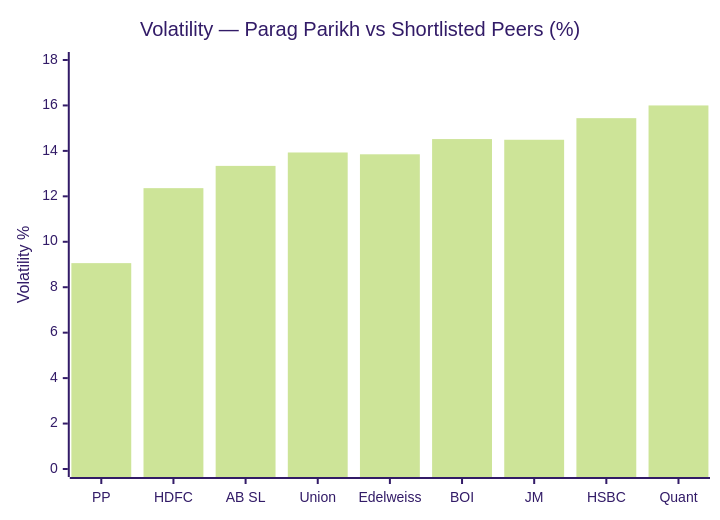
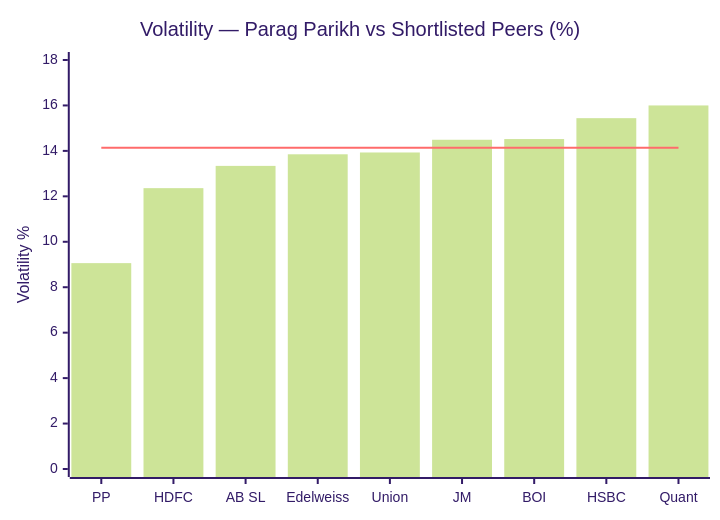
The first of 11 diagrams in Mutual Fund/FlexiCap/funds/parag_parikh/module2_risk.md (mayankutkarsh334/Investment), drawn with Mermaid (forest theme) before and after one commit. The commit also changed other lines of this file and 4 other files, not shown here.

````diff
--- a/Mutual Fund/FlexiCap/funds/parag_parikh/module2_risk.md
+++ b/Mutual Fund/FlexiCap/funds/parag_parikh/module2_risk.md
@@ -19,7 +22,8 @@
 ```mermaid
 xychart-beta
     title "Volatility — Parag Parikh vs Shortlisted Peers (%)"
-    x-axis ["PP", "HDFC", "AB SL", "Union", "Edelweiss", "BOI", "JM", "HSBC", "Quant"]
+    x-axis ["PP", "HDFC", "AB SL", "Edelweiss", "Union", "JM", "BOI", "HSBC", "Quant"]
     y-axis "Volatility %" 0 --> 18
-    bar [9.06, 12.36, 13.34, 13.93, 13.85, 14.52, 14.49, 15.44, 16.00]
+    bar [9.06, 12.36, 13.34, 13.85, 13.93, 14.49, 14.52, 15.44, 16.00]
+    line [14.14, 14.14, 14.14, 14.14, 14.14, 14.14, 14.14, 14.14, 14.14]
 ```
````
